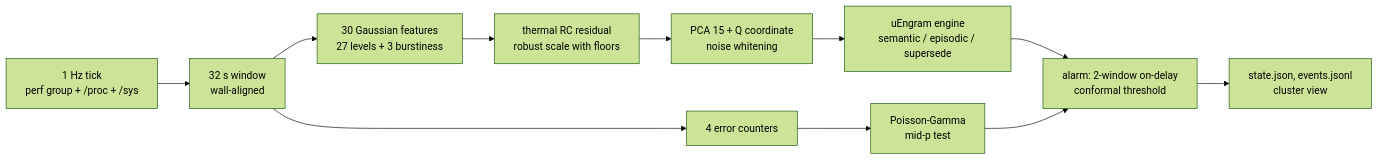
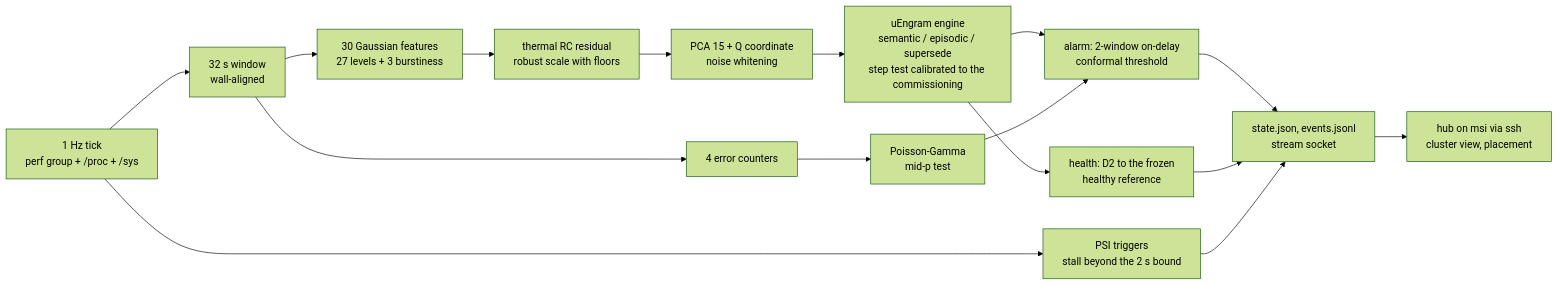
The diagram in docs/HOST-TELEMETRY.md (justdoGIT/uEngram), drawn with Mermaid (forest theme) before and after one commit. The commit also changed other lines of this file and 1 other file, not shown here.

First line of the commit message:
Document v3 port, push, PSI triggers and tune

````diff
--- a/docs/HOST-TELEMETRY.md
+++ b/docs/HOST-TELEMETRY.md
@@ -7,13 +7,18 @@
 ```mermaid
 flowchart LR
   T[1 Hz tick<br/>perf group + /proc + /sys] --> W[32 s window<br/>wall-aligned]
   W --> G[30 Gaussian features<br/>27 levels + 3 burstiness]
   W --> E[4 error counters]
   G --> X[thermal RC residual<br/>robust scale with floors]
   X --> P[PCA 15 + Q coordinate<br/>noise whitening]
-  P --> M[uEngram engine<br/>semantic / episodic / supersede]
+  P --> M[uEngram engine<br/>semantic / episodic / supersede<br/>step test calibrated to the commissioning]
   E --> C[Poisson-Gamma<br/>mid-p test]
   M --> A[alarm: 2-window on-delay<br/>conformal threshold]
+  M --> H[health: D2 to the frozen<br/>healthy reference]
   C --> A
-  A --> S[state.json, events.jsonl<br/>cluster view]
+  T --> Q[PSI triggers<br/>stall beyond the 2 s bound]
+  A --> S[state.json, events.jsonl<br/>stream socket]
+  H --> S
+  Q --> S
+  S --> B[hub on msi via ssh<br/>cluster view, placement]
 ```
````
